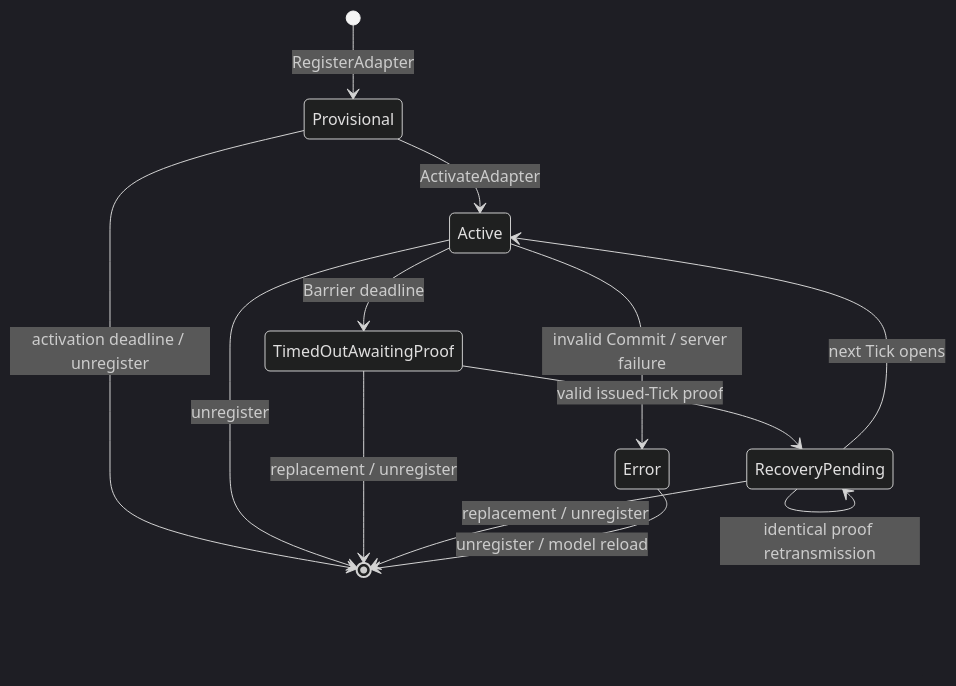
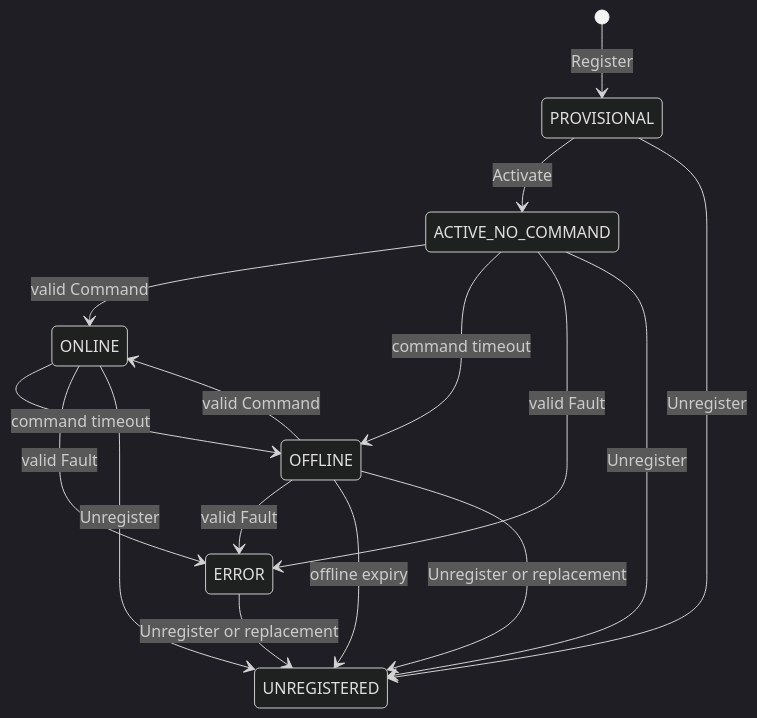
The diagram in doc/architecture/controller_lifecycle.md (Demonmasterlqx/mujoco_sim_core), drawn with Mermaid (dark theme) before and after one commit. The commit also changed other lines of this file and 255 other files, not shown here.

````diff
--- a/doc/architecture/controller_lifecycle.md
+++ b/doc/architecture/controller_lifecycle.md
@@ -9,15 +3,18 @@
 ```mermaid
 stateDiagram-v2
-  [*] --> Provisional: RegisterAdapter
-  Provisional --> Active: ActivateAdapter
-  Provisional --> [*]: activation deadline / unregister
-  Active --> TimedOutAwaitingProof: Barrier deadline
-  Active --> Error: invalid Commit / server failure
-  Active --> [*]: unregister
-  TimedOutAwaitingProof --> RecoveryPending: valid issued-Tick proof
-  TimedOutAwaitingProof --> [*]: replacement / unregister
-  RecoveryPending --> RecoveryPending: identical proof retransmission
-  RecoveryPending --> Active: next Tick opens
-  RecoveryPending --> [*]: replacement / unregister
-  Error --> [*]: unregister / model reload
+  [*] --> PROVISIONAL: Register
+  PROVISIONAL --> ACTIVE_NO_COMMAND: Activate
+  ACTIVE_NO_COMMAND --> ONLINE: valid Command
+  ACTIVE_NO_COMMAND --> OFFLINE: command timeout
+  ONLINE --> OFFLINE: command timeout
+  OFFLINE --> ONLINE: valid Command
+  ACTIVE_NO_COMMAND --> ERROR: valid Fault
+  ONLINE --> ERROR: valid Fault
+  OFFLINE --> ERROR: valid Fault
+  OFFLINE --> UNREGISTERED: offline expiry
+  PROVISIONAL --> UNREGISTERED: Unregister
+  ACTIVE_NO_COMMAND --> UNREGISTERED: Unregister
+  ONLINE --> UNREGISTERED: Unregister
+  OFFLINE --> UNREGISTERED: Unregister or replacement
+  ERROR --> UNREGISTERED: Unregister or replacement
 ```
````
